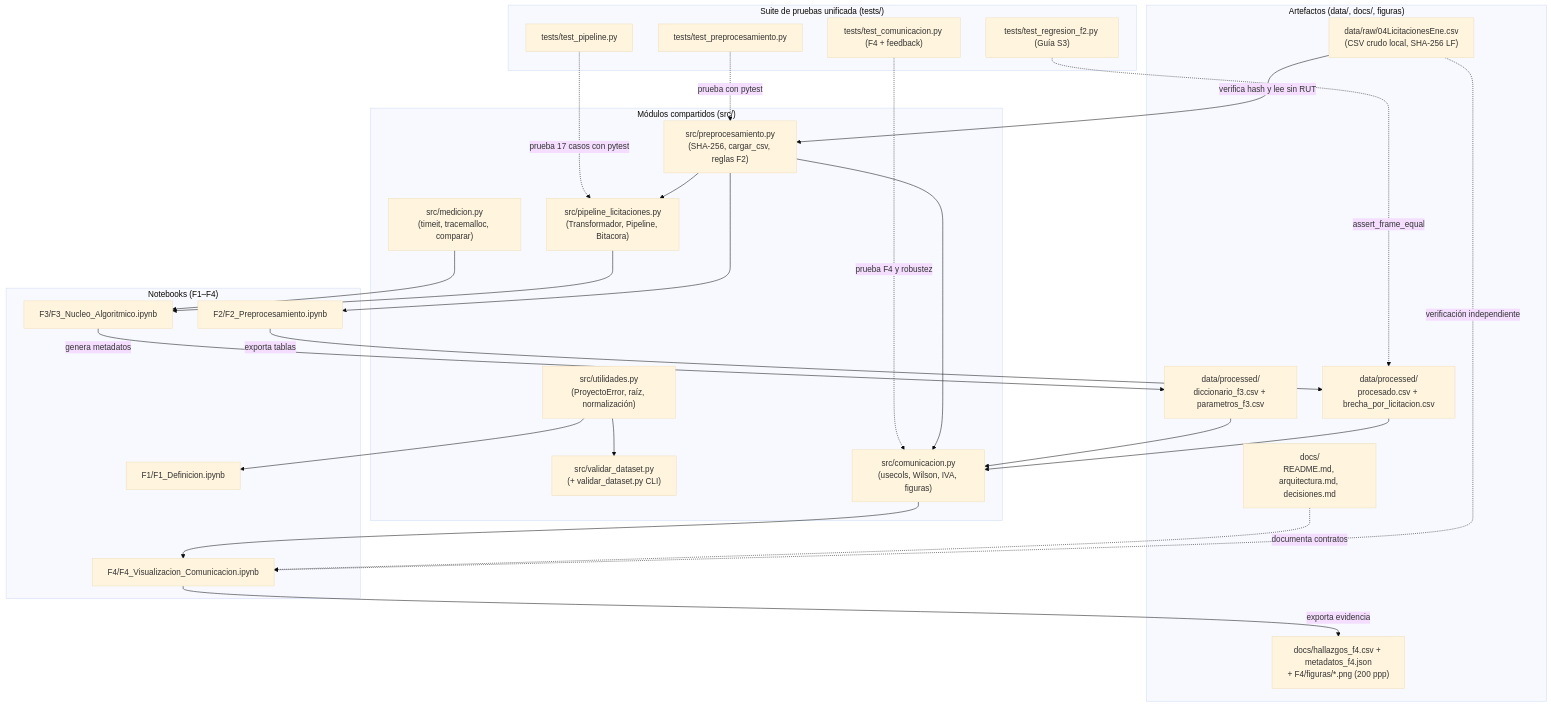
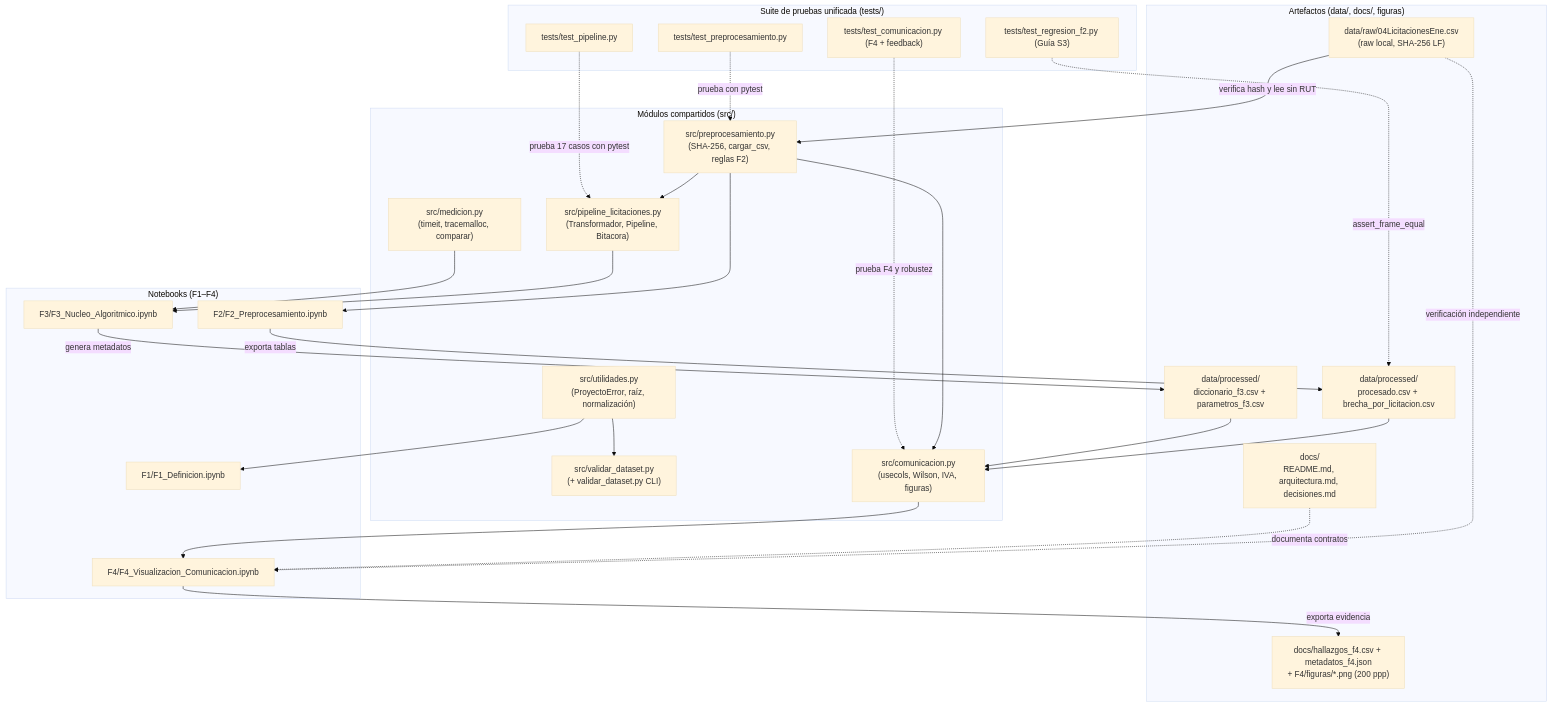
The first of 2 diagrams in docs/arquitectura.md (proyecto-grupo2-mcdi500/proyecto-grupo2-mcdi500), drawn with Mermaid (base theme) before and after one commit. The commit also changed other lines of this file and 12 other files, not shown here.

````diff
--- a/docs/arquitectura.md
+++ b/docs/arquitectura.md
@@ -36,54 +36,54 @@
 ```mermaid
 flowchart TB
     subgraph NB["Notebooks (F1–F4)"]
         F1["F1/F1_Definicion.ipynb"]
         F2["F2/F2_Preprocesamiento.ipynb"]
         F3["F3/F3_Nucleo_Algoritmico.ipynb"]
         F4["F4/F4_Visualizacion_Comunicacion.ipynb"]
     end
 
     subgraph SRC["Módulos compartidos (src/)"]
         VAL["src/validar_dataset.py<br>(+ validar_dataset.py CLI)"]
         UTI["src/utilidades.py<br>(ProyectoError, raíz, normalización)"]
         PRE["src/preprocesamiento.py<br>(SHA-256, cargar_csv, reglas F2)"]
         POO["src/pipeline_licitaciones.py<br>(Transformador, Pipeline, Bitacora)"]
         MED["src/medicion.py<br>(timeit, tracemalloc, comparar)"]
         COM["src/comunicacion.py<br>(usecols, Wilson, IVA, figuras)"]
     end
 
     subgraph TST["Suite de pruebas unificada (tests/)"]
         T_PRE["tests/test_preprocesamiento.py"]
         T_PIP["tests/test_pipeline.py"]
         T_REG["tests/test_regresion_f2.py (Guía S3)"]
         T_COM["tests/test_comunicacion.py (F4 + feedback)"]
     end
 
     subgraph ART["Artefactos (data/, docs/, figuras)"]
-        RAW["data/raw/04LicitacionesEne.csv<br>(CSV crudo local, SHA-256 LF)"]
+        RAW["data/raw/04LicitacionesEne.csv<br>(raw local, SHA-256 LF)"]
         PROC_DAT["data/processed/<br>procesado.csv + brecha_por_licitacion.csv"]
         PROC_META["data/processed/<br>diccionario_f3.csv + parametros_f3.csv"]
         DOCS["docs/<br>README.md, arquitectura.md, decisiones.md"]
         F4_OUT["docs/hallazgos_f4.csv + metadatos_f4.json<br>+ F4/figuras/*.png (200 ppp)"]
     end
 
     RAW -->|verifica hash y lee sin RUT| PRE
     UTI --> F1
     UTI --> VAL
     PRE --> F2
     PRE --> POO
     PRE --> COM
     T_PRE -.->|prueba con pytest| PRE
     POO --> F3
     MED --> F3
     T_PIP -.->|prueba 17 casos con pytest| POO
     T_REG -.->|assert_frame_equal| PROC_DAT
     T_COM -.->|prueba F4 y robustez| COM
     F2 -->|exporta tablas| PROC_DAT
     F3 -->|genera metadatos| PROC_META
     PROC_DAT --> COM
     PROC_META --> COM
     RAW -.->|verificación independiente| F4
     COM --> F4
     F4 -->|exporta evidencia| F4_OUT
     DOCS -.->|documenta contratos| F4
 ```
````
